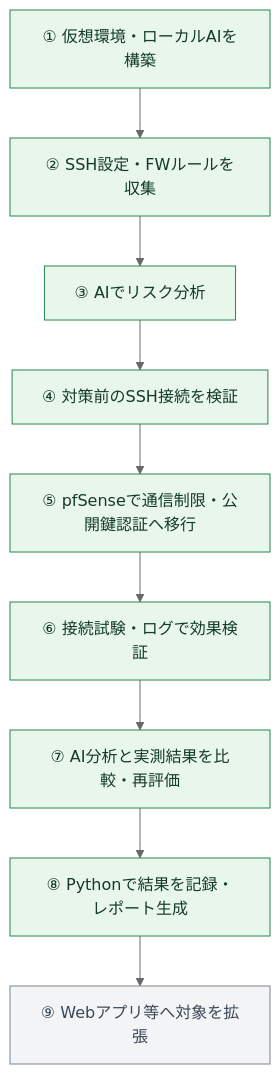
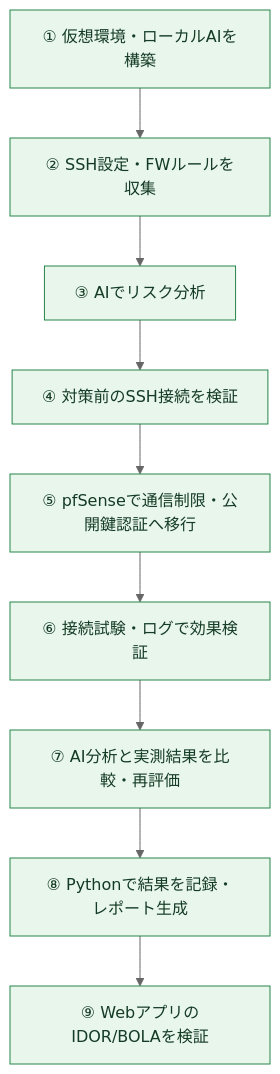
One commit to kcs-j02/Frontier-AI-Security-Risk-Lab changed the diagram in README.md. Above: the diagram before and after it, drawn with Mermaid (neutral theme). The commit also changed other lines of this file, not shown here.

````diff
--- a/README.md
+++ b/README.md
@@ -53,15 +53,15 @@
 ```mermaid
 flowchart TD
     A["① 仮想環境・ローカルAIを構築"] --> B["② SSH設定・FWルールを収集"]
     B --> C["③ AIでリスク分析"]
     C --> D["④ 対策前のSSH接続を検証"]
     D --> E["⑤ pfSenseで通信制限・公開鍵認証へ移行"]
     E --> F["⑥ 接続試験・ログで効果検証"]
     F --> G["⑦ AI分析と実測結果を比較・再評価"]
     G --> H["⑧ Pythonで結果を記録・レポート生成"]
-    H --> I["⑨ Webアプリ等へ対象を拡張"]
+    H --> I["⑨ WebアプリのIDOR/BOLAを検証"]
     classDef done fill:#e9f6ec,stroke:#26854b,color:#143b25;
     classDef future fill:#f3f4f6,stroke:#7a8593,color:#3c4856;
     class A,B,C,D,E,F,G,H done;
-    class I future;
+    class I done;
 ```
````
